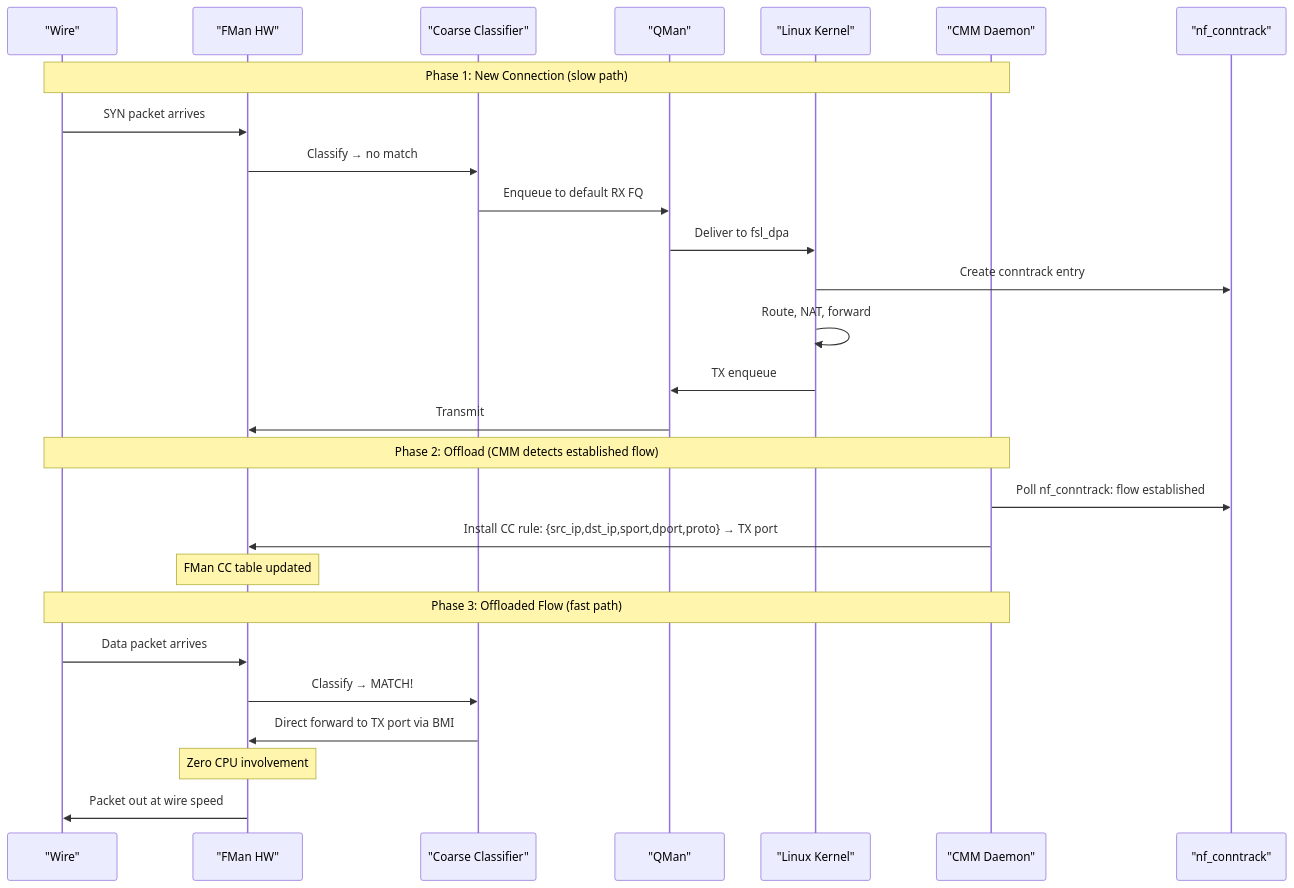
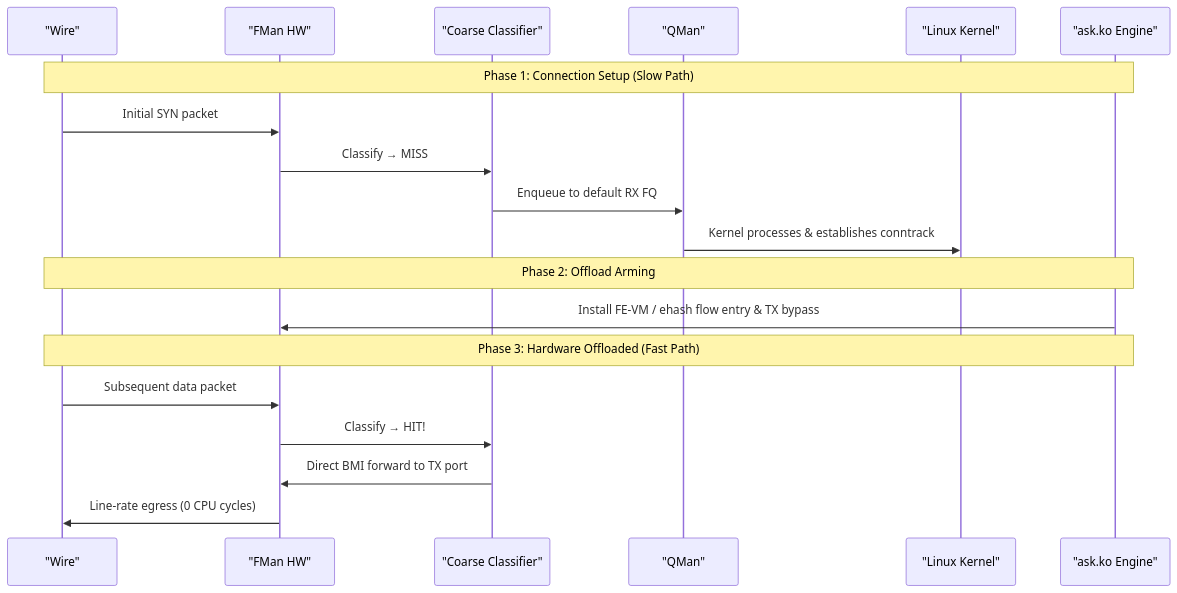
The fourth of 4 diagrams in plans/NETWORKING-DEEP-DIVE.md (Daegara/vyos-ls1046a-build), drawn with Mermaid before and after one commit. The commit also changed other lines of this file and 9 other files, not shown here.

````diff
--- a/plans/NETWORKING-DEEP-DIVE.md
+++ b/plans/NETWORKING-DEEP-DIVE.md
@@ -310,32 +210,24 @@
 ```mermaid
 sequenceDiagram
     participant Wire as "Wire"
     participant FMan as "FMan HW"
     participant CC as "Coarse Classifier"
     participant QMan as "QMan"
     participant Kernel as "Linux Kernel"
-    participant CMM as "CMM Daemon"
-    participant CT as "nf_conntrack"
+    participant ASK as "ask.ko Engine"
 
-    Note over Wire,CMM: Phase 1: New Connection (slow path)
-    Wire->>FMan: SYN packet arrives
-    FMan->>CC: Classify → no match
+    Note over Wire,ASK: Phase 1: Connection Setup (Slow Path)
+    Wire->>FMan: Initial SYN packet
+    FMan->>CC: Classify → MISS
     CC->>QMan: Enqueue to default RX FQ
-    QMan->>Kernel: Deliver to fsl_dpa
-    Kernel->>CT: Create conntrack entry
-    Kernel->>Kernel: Route, NAT, forward
-    Kernel->>QMan: TX enqueue
-    QMan->>FMan: Transmit
+    QMan->>Kernel: Kernel processes & establishes conntrack
 
-    Note over Wire,CMM: Phase 2: Offload (CMM detects established flow)
-    CMM->>CT: Poll nf_conntrack: flow established
-    CMM->>FMan: Install CC rule: {src_ip,dst_ip,sport,dport,proto} → TX port
-    Note over FMan: FMan CC table updated
+    Note over Wire,ASK: Phase 2: Offload Arming
+    ASK->>FMan: Install FE-VM / ehash flow entry & TX bypass
 
-    Note over Wire,CMM: Phase 3: Offloaded Flow (fast path)
-    Wire->>FMan: Data packet arrives
-    FMan->>CC: Classify → MATCH!
-    CC->>FMan: Direct forward to TX port via BMI
-    Note over FMan: Zero CPU involvement
-    FMan->>Wire: Packet out at wire speed
+    Note over Wire,ASK: Phase 3: Hardware Offloaded (Fast Path)
+    Wire->>FMan: Subsequent data packet
+    FMan->>CC: Classify → HIT!
+    CC->>FMan: Direct BMI forward to TX port
+    FMan->>Wire: Line-rate egress (0 CPU cycles)
 ```
````
